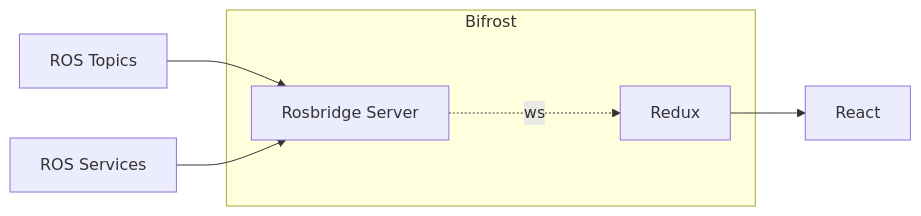
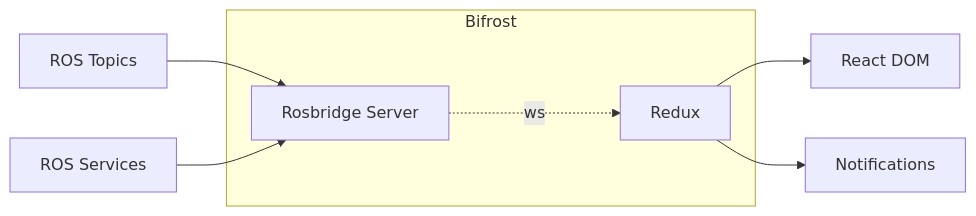
The diagram in src/ros/nova-gui/README.md (MonashNovaRover/nova), drawn with Mermaid before and after one commit. The commit also changed other lines of this file and 23 other files, not shown here.

````diff
--- a/src/ros/nova-gui/README.md
+++ b/src/ros/nova-gui/README.md
@@ -11,10 +18,11 @@
 ```mermaid
 graph LR;
     direction LR
     A[ROS Topics] --> B[Rosbridge Server]
     C[ROS Services]-->B
     subgraph Bifrost
     B-...->|ws| D[Redux]
     end
-    D--> E[React]
+    D--> E[React DOM]
+    D --> F[Notifications]
 ```
````
